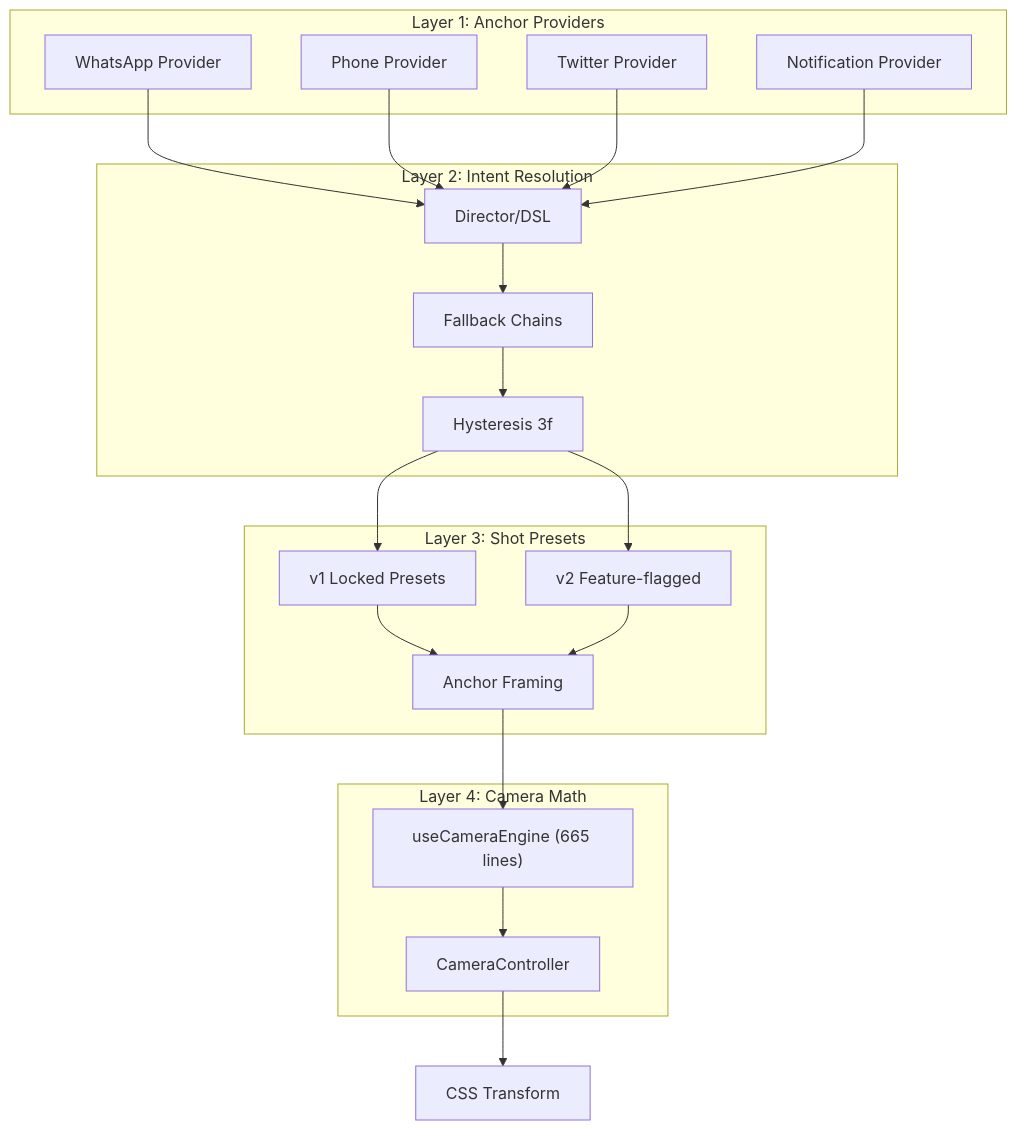
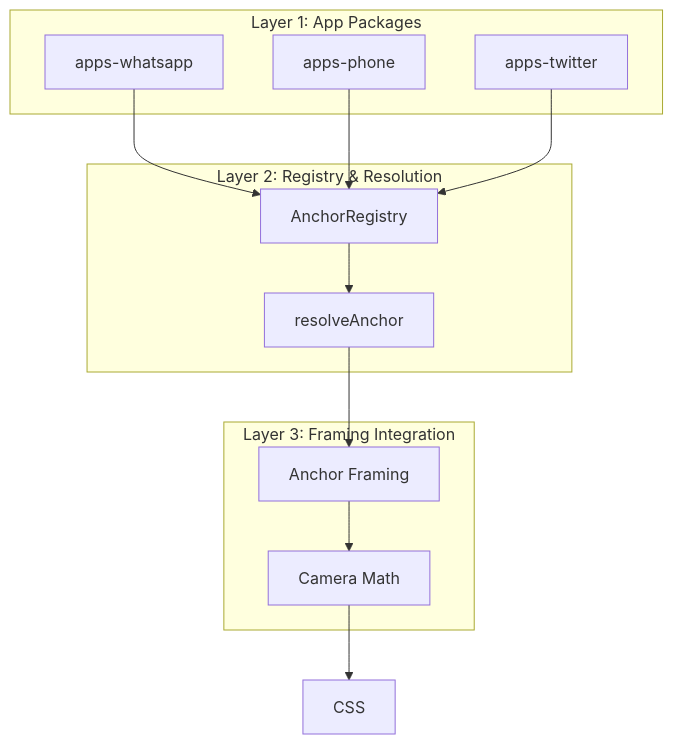
Before and after one commit to nishit-g/tokovo: the diagram in apps/docs/pages/architecture/camera.mdx, drawn with Mermaid. The commit also changed other lines of this file and 14 other files, not shown here.

````diff
--- a/apps/docs/pages/architecture/camera.mdx
+++ b/apps/docs/pages/architecture/camera.mdx
@@ -34,37 +34,26 @@
 ```mermaid
 graph TB
-    subgraph "Layer 1: Anchor Providers"
-        WA[WhatsApp Provider]
-        PH[Phone Provider]
-        TW[Twitter Provider]
-        NT[Notification Provider]
+    subgraph "Layer 1: App Packages"
+        WA[apps-whatsapp]
+        PH[apps-phone]
+        TW[apps-twitter]
     end
     
-    subgraph "Layer 2: Intent Resolution"
-        DIR[Director/DSL]
-        FB[Fallback Chains]
-        HY[Hysteresis 3f]
+    subgraph "Layer 2: Registry & Resolution"
+        REG[AnchorRegistry]
+        RES[resolveAnchor]
     end
     
-    subgraph "Layer 3: Shot Presets"
-        V1[v1 Locked Presets]
-        V2[v2 Feature-flagged]
+    subgraph "Layer 3: Framing Integration"
         FR[Anchor Framing]
+        MATH[Camera Math]
     end
     
-    subgraph "Layer 4: Camera Math"
-        ENG["useCameraEngine (665 lines)"]
-        CTL[CameraController]
-    end
-    
-    WA --> DIR
-    PH --> DIR
-    TW --> DIR
-    NT --> DIR
-    DIR --> FB --> HY --> V1
-    HY --> V2
-    V1 --> FR
-    V2 --> FR
-    FR --> ENG
-    ENG --> CTL --> CSS[CSS Transform]
+    WA --> REG
+    PH --> REG
+    TW --> REG
+    REG --> RES
+    RES --> FR
+    FR --> MATH
+    MATH --> CSS
 ```
````
